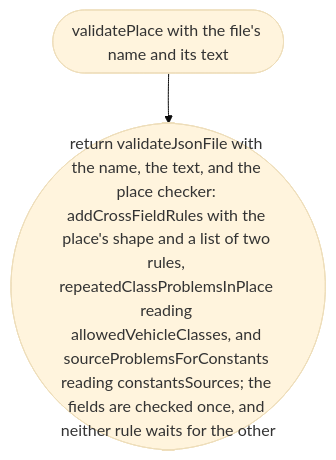
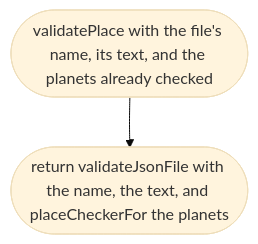
The ninth of 9 diagrams in docs/designs/src/place/place.md (NewDara-Star/world-engine), drawn with Mermaid (base theme) before and after one commit. The commit also changed other lines of this file and 8 other files, not shown here.

````diff
--- a/docs/designs/src/place/place.md
+++ b/docs/designs/src/place/place.md
@@ -71,6 +165,6 @@
 ```mermaid
 flowchart TD
-  s(["validatePlace with the file's name and its text"])
-  a(["return validateJsonFile with the name, the text, and the place checker: addCrossFieldRules with the place's shape and a list of two rules, repeatedClassProblemsInPlace reading allowedVehicleClasses, and sourceProblemsForConstants reading constantsSources; the fields are checked once, and neither rule waits for the other"])
+  s(["validatePlace with the file's name, its text, and the planets already checked"])
+  a(["return validateJsonFile with the name, the text, and placeCheckerFor the planets"])
   s --> a
 ```
````
